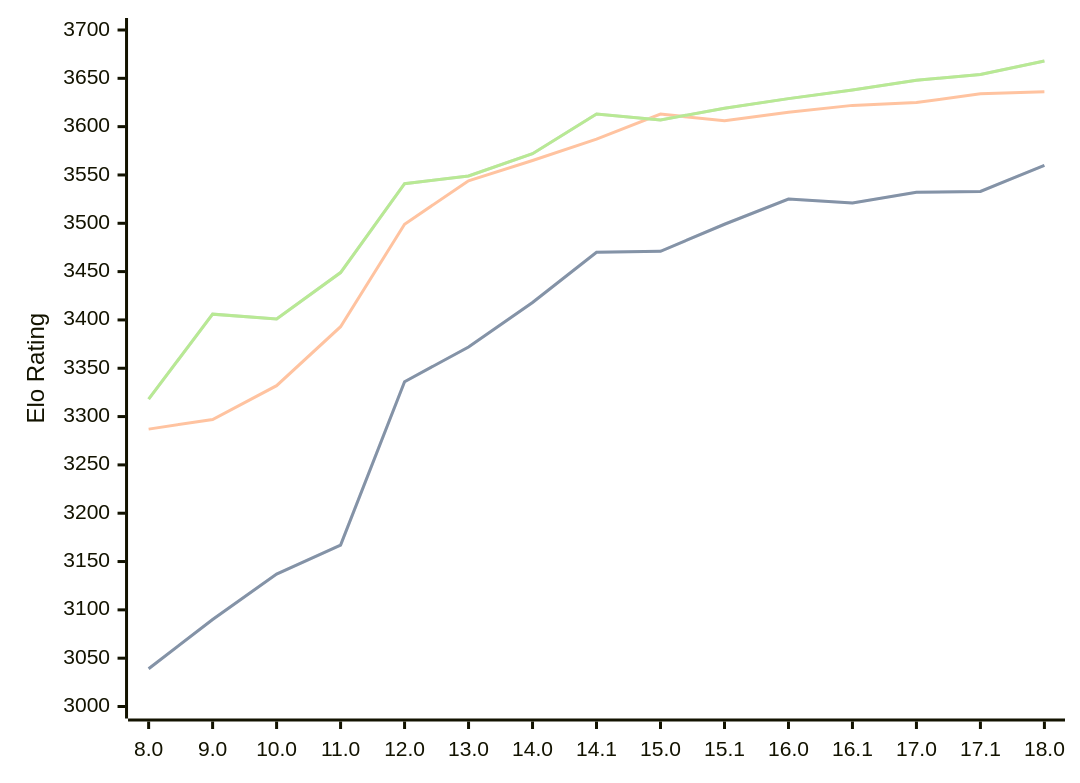
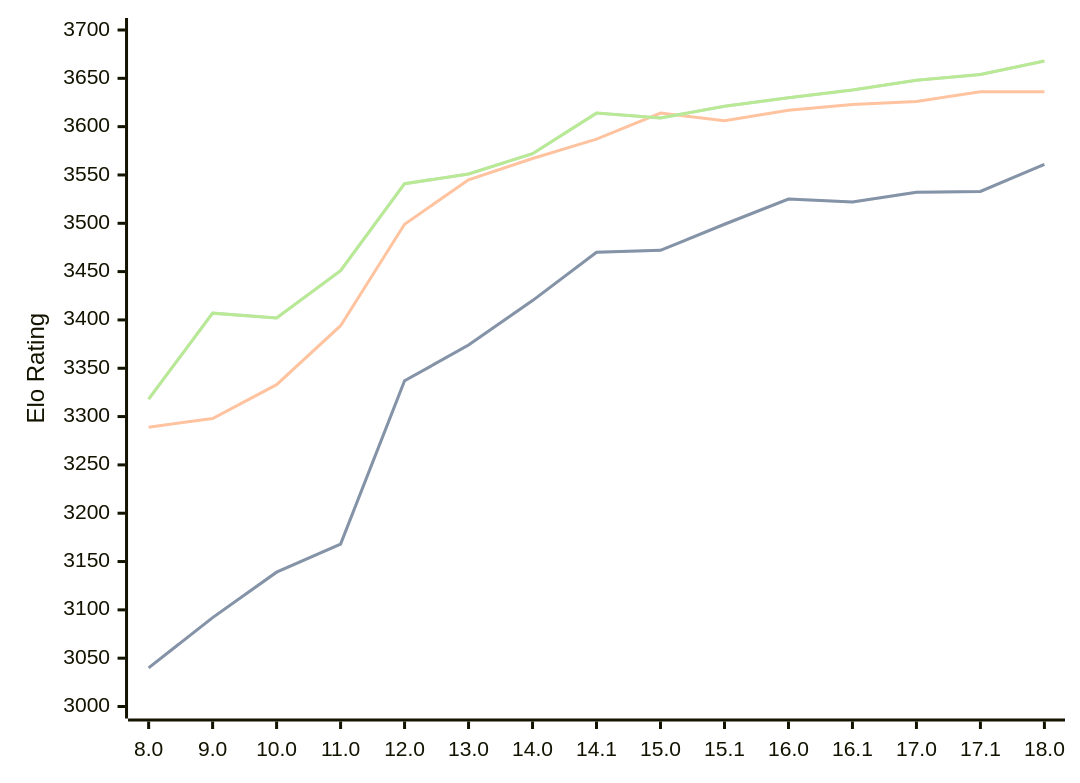
One commit to computer-chess-index/cci changed the diagram in engines/Stockfish.md. Above: the diagram before and after it, drawn with Mermaid. The commit also changed other lines of this file, not shown here.

Commit message:
Update CCI Ratings (ELO VLTC) - 2026-05-17

````diff
--- a/engines/Stockfish.md
+++ b/engines/Stockfish.md
@@ -46,11 +46,11 @@
 ```mermaid
 %%{init: {"theme":"base","themeVariables":{"seriesColors:['#a3a3a3','#222221','#faa371']}}}%%
 xychart-beta
   x-axis ["8.0", "9.0", "10.0", "11.0", "12.0", "13.0", "14.0", "14.1", "15.0", "15.1", "16.0", "16.1", "17.0", "17.1", "18.0"]
   y-axis "Elo Rating" 3000 --> 3700
-  line "STC (8.0+0.08s)" [3039, 3090, 3137, 3167, 3336, 3372, 3418, 3470, 3471, 3499, 3525, 3521, 3532, 3533, 3560]
-  line "STC (8.0+0.08s)" [3039, 3090, 3137, 3167, 3336, 3372, 3418, 3470, 3471, 3499, 3525, 3521, 3532, 3533, 3560]
-  line "LTC (60.0+0.60s)" [3287, 3297, 3332, 3393, 3499, 3544, 3565, 3587, 3613, 3606, 3615, 3622, 3625, 3634, 3636]
-  line "VLTC (2m24s+1.12s)" [3318, 3406, 3401, 3449, 3541, 3549, 3572, 3613, 3607, 3619, 3629, 3638, 3648, 3654, 3668]
-  line "VLTC (2m24s+1.12s)" [3318, 3406, 3401, 3449, 3541, 3549, 3572, 3613, 3607, 3619, 3629, 3638, 3648, 3654, 3668]
+  line "STC (8.0+0.08s)" [3040, 3092, 3139, 3168, 3337, 3374, 3420, 3470, 3472, 3499, 3525, 3522, 3532, 3533, 3561]
+  line "STC (8.0+0.08s)" [3040, 3092, 3139, 3168, 3337, 3374, 3420, 3470, 3472, 3499, 3525, 3522, 3532, 3533, 3561]
+  line "LTC (60.0+0.60s)" [3289, 3298, 3333, 3394, 3499, 3545, 3567, 3587, 3614, 3606, 3617, 3623, 3626, 3636, 3636]
+  line "VLTC (2m24s+1.12s)" [3318, 3407, 3402, 3451, 3541, 3551, 3572, 3614, 3609, 3621, 3630, 3638, 3648, 3654, 3668]
+  line "VLTC (2m24s+1.12s)" [3318, 3407, 3402, 3451, 3541, 3551, 3572, 3614, 3609, 3621, 3630, 3638, 3648, 3654, 3668]
 ```
````
